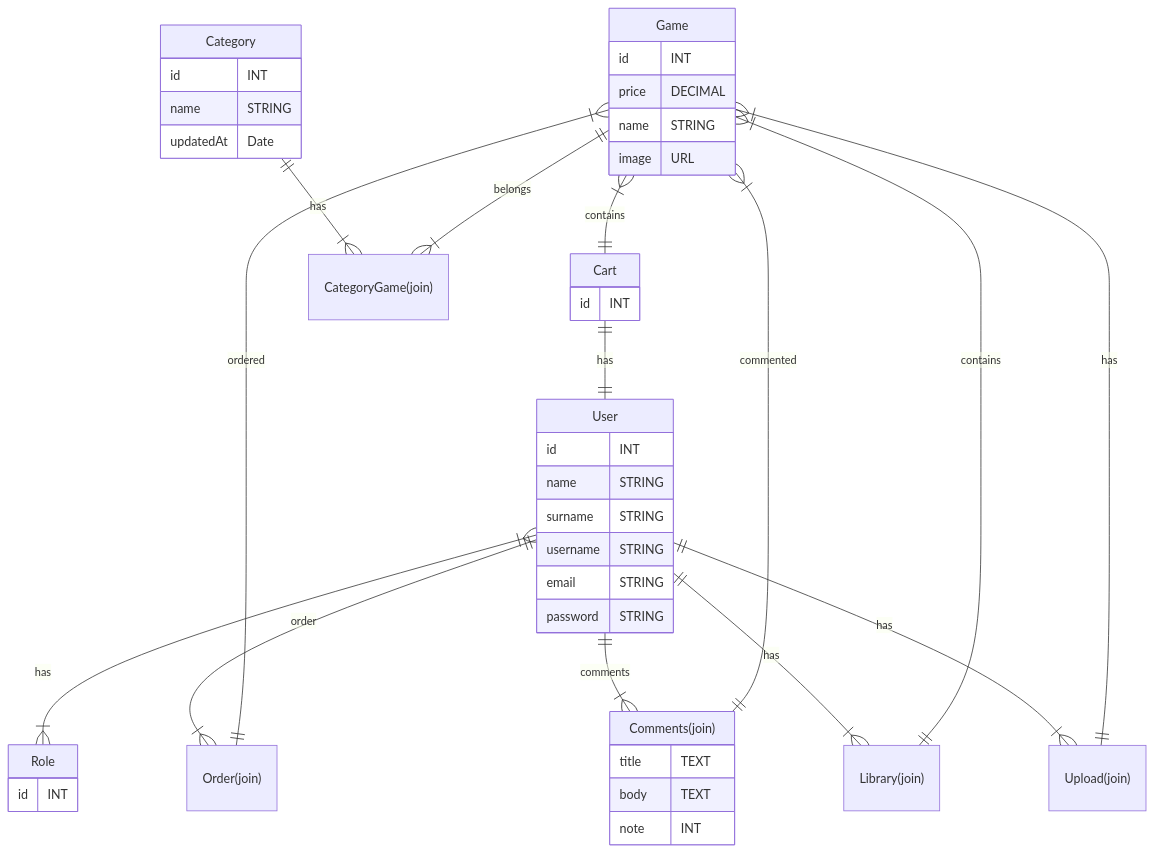
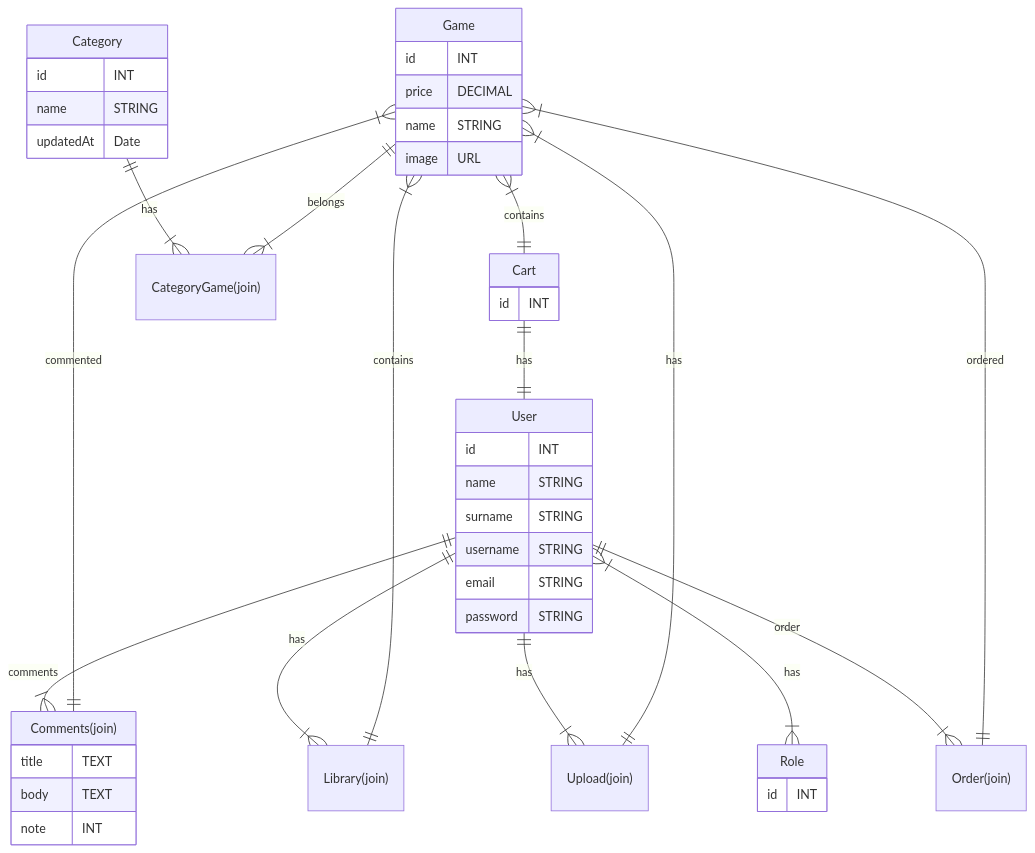
Before and after one commit to JameS-Gmz/api-Rest: the diagram in README.md, drawn with Mermaid.

`````diff
--- a/README.md
+++ b/README.md
@@ -40,79 +40,81 @@
 ````mermaid
  erDiagram
  
 Game
 Category
 Cart
 User
 Role
 
 Game{
 id INT
 price DECIMAL
 name STRING
 image URL
 }
 
 Category{
 id INT
 name STRING
 updatedAt Date
 }
 
 Cart{
 id INT
 }
 
 User{
 id INT
 name STRING
 surname STRING
 username STRING
 email STRING
 password STRING
 }
 
 Role{
 id INT 
 }
 
 CategoryGame["CategoryGame(join)"]{
     }
 
 Upload["Upload(join)"]{
     }
 
 Comments["Comments(join)"]{
 title TEXT
 body TEXT
 note INT
     }
 
 Library["Library(join)"]{
     }
 
 Order["Order(join)"]{
     }
 
-Category ||--|{ CategoryGame : has
-Game ||--|{ CategoryGame : belongs
-
-Game }|--|| Cart : contains
-Cart ||--|| User : has
-
-User }|--|{ Role : has
-
-User ||--|{ Order : order
-Order ||--|{ Game : ordered
-
 User ||--|{ Comments : comments
 Comments ||--|{ Game : commented
 
 User ||--|{ Library : has
 Library ||--|{ Game : contains
 
 User ||--|{ Upload : has
 Upload ||--|{ Game : has
 
+User }|--|{ Role : has
+
+Category ||--|{ CategoryGame : has
+Game ||--|{ CategoryGame : belongs
+
+Game }|--|| Cart : contains
+Cart ||--|| User : has
+
+
+User ||--|{ Order : order
+Order ||--|{ Game : ordered
+
+
 
 ````
`````
